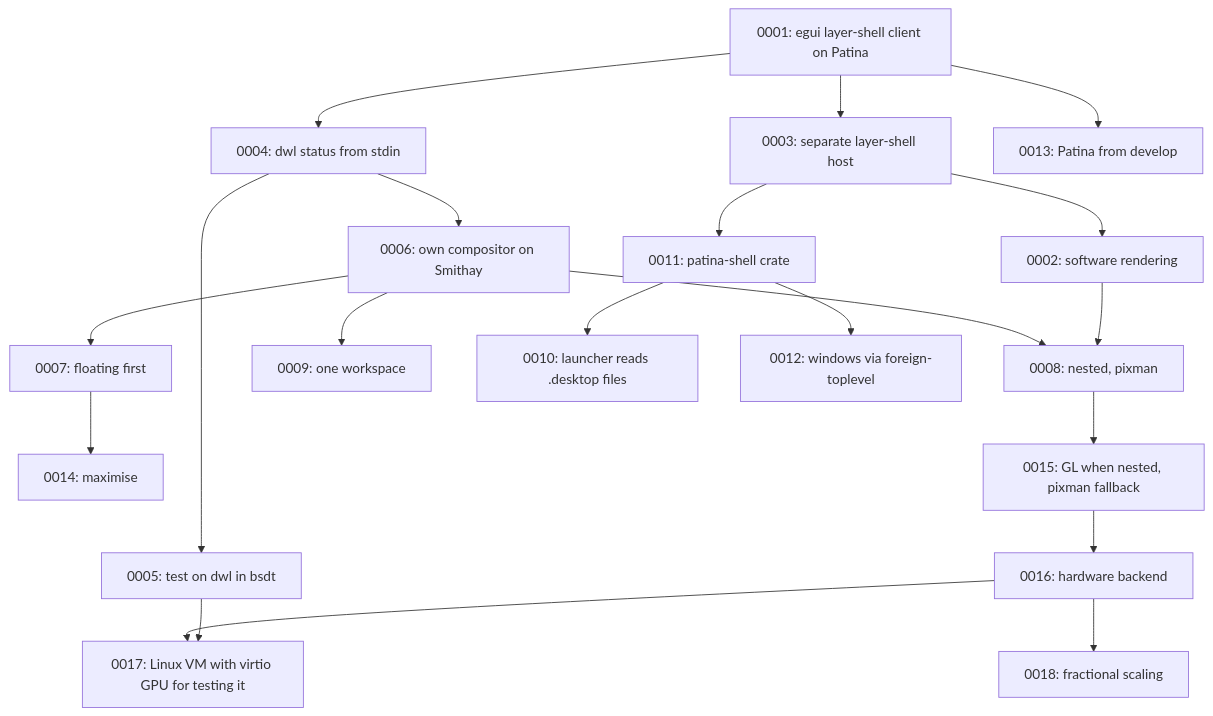
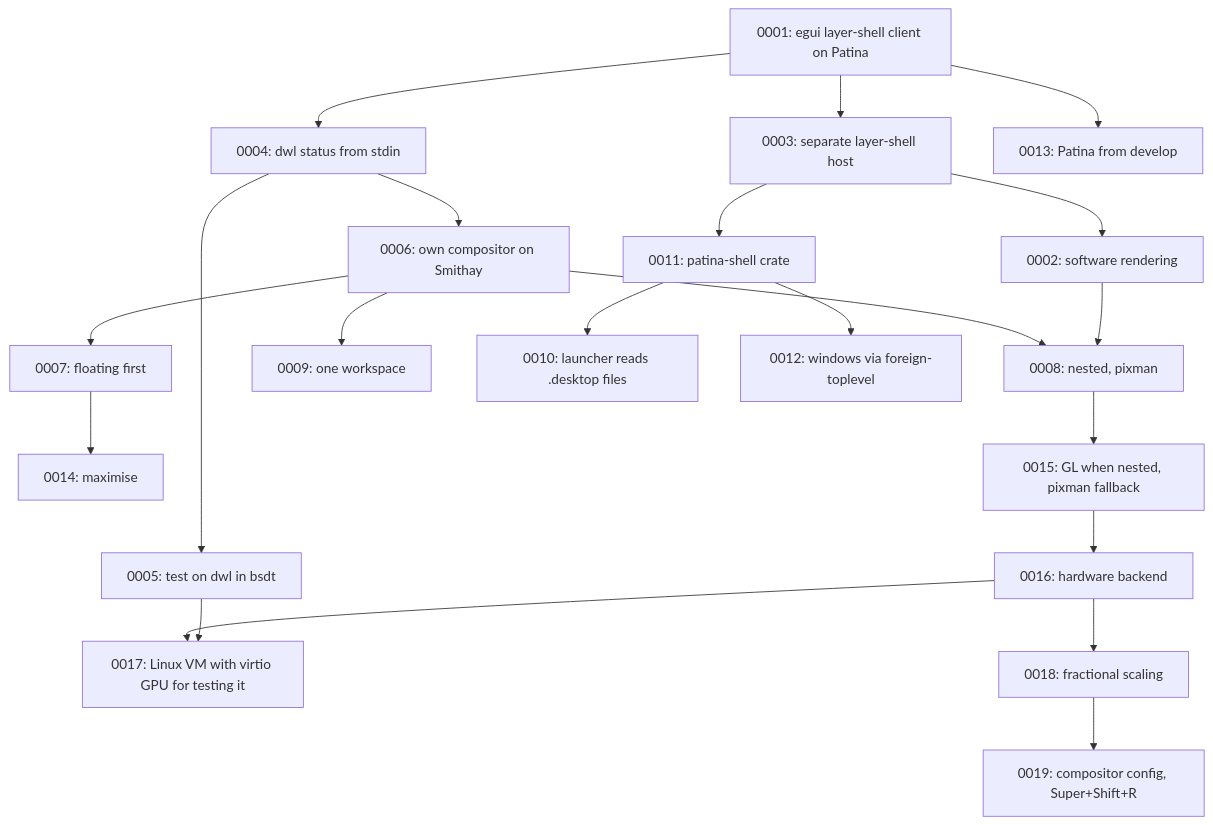
The diagram in docs/adr/README.md (Sector-F-Labs/patina-desktop), drawn with Mermaid before and after one commit. The commit also changed other lines of this file and 11 other files, not shown here.

First line of the commit message:
A config file for the compositor, reloaded with Super+Shift+R

````diff
--- a/docs/adr/README.md
+++ b/docs/adr/README.md
@@ -66,22 +67,23 @@
 ```mermaid
 flowchart TD
     A[0001: egui layer-shell client on Patina] --> B[0003: separate layer-shell host]
     B --> C[0002: software rendering]
     A --> D[0004: dwl status from stdin]
     D --> E[0005: test on dwl in bsdt]
     D --> F[0006: own compositor on Smithay]
     F --> G[0007: floating first]
     G --> N[0014: maximise]
     F --> H[0008: nested, pixman]
     H --> O[0015: GL when nested, pixman fallback]
     O --> P[0016: hardware backend]
     P --> Q[0017: Linux VM with virtio GPU for testing it]
     P --> R[0018: fractional scaling]
+    R --> S[0019: compositor config, Super+Shift+R]
     E --> Q
     C --> H
     F --> I[0009: one workspace]
     B --> K[0011: patina-shell crate]
     K --> J[0010: launcher reads .desktop files]
     K --> L[0012: windows via foreign-toplevel]
     A --> M[0013: Patina from develop]
 ```
````
